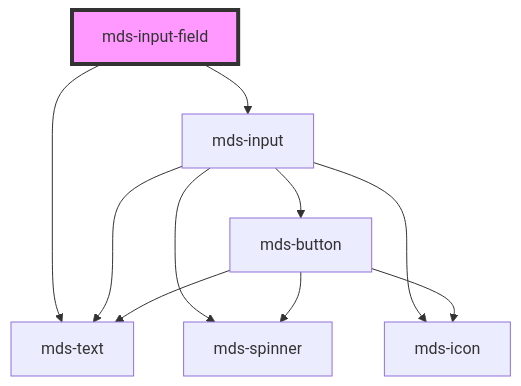
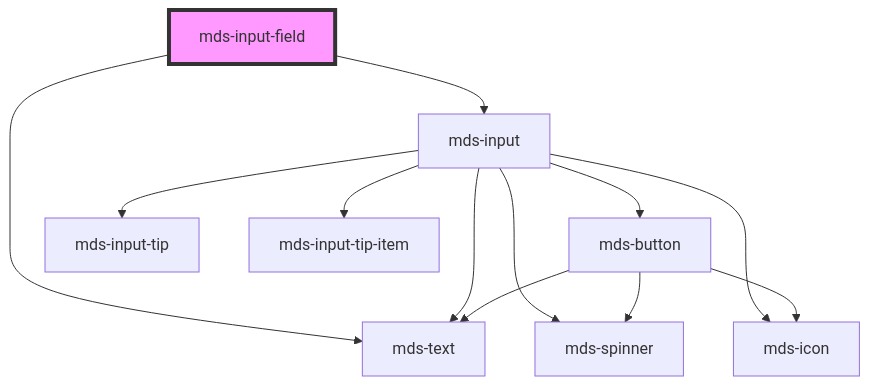
The diagram in projects/stencil/src/components/mds-input-field/readme.md (magma-design-system/magma), drawn with Mermaid before and after one commit. The commit also changed 14 other files, not shown here.

Commit message:
feat(mds-input-tip): add new component

````diff
--- a/projects/stencil/src/components/mds-input-field/readme.md
+++ b/projects/stencil/src/components/mds-input-field/readme.md
@@ -136,13 +136,15 @@
 ```mermaid
 graph TD;
   mds-input-field --> mds-text
   mds-input-field --> mds-input
   mds-input --> mds-button
+  mds-input --> mds-input-tip
+  mds-input --> mds-input-tip-item
   mds-input --> mds-text
   mds-input --> mds-icon
   mds-input --> mds-spinner
   mds-button --> mds-spinner
   mds-button --> mds-icon
   mds-button --> mds-text
   style mds-input-field fill:#f9f,stroke:#333,stroke-width:4px
 ```
````
